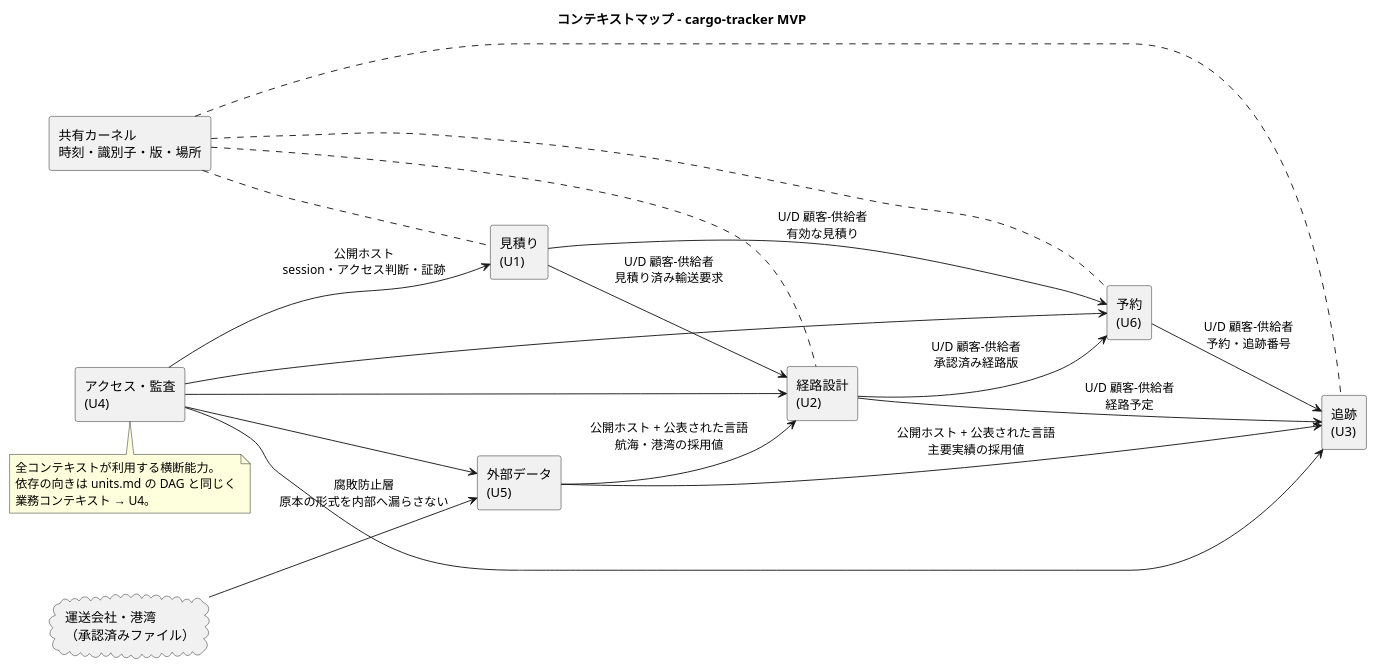
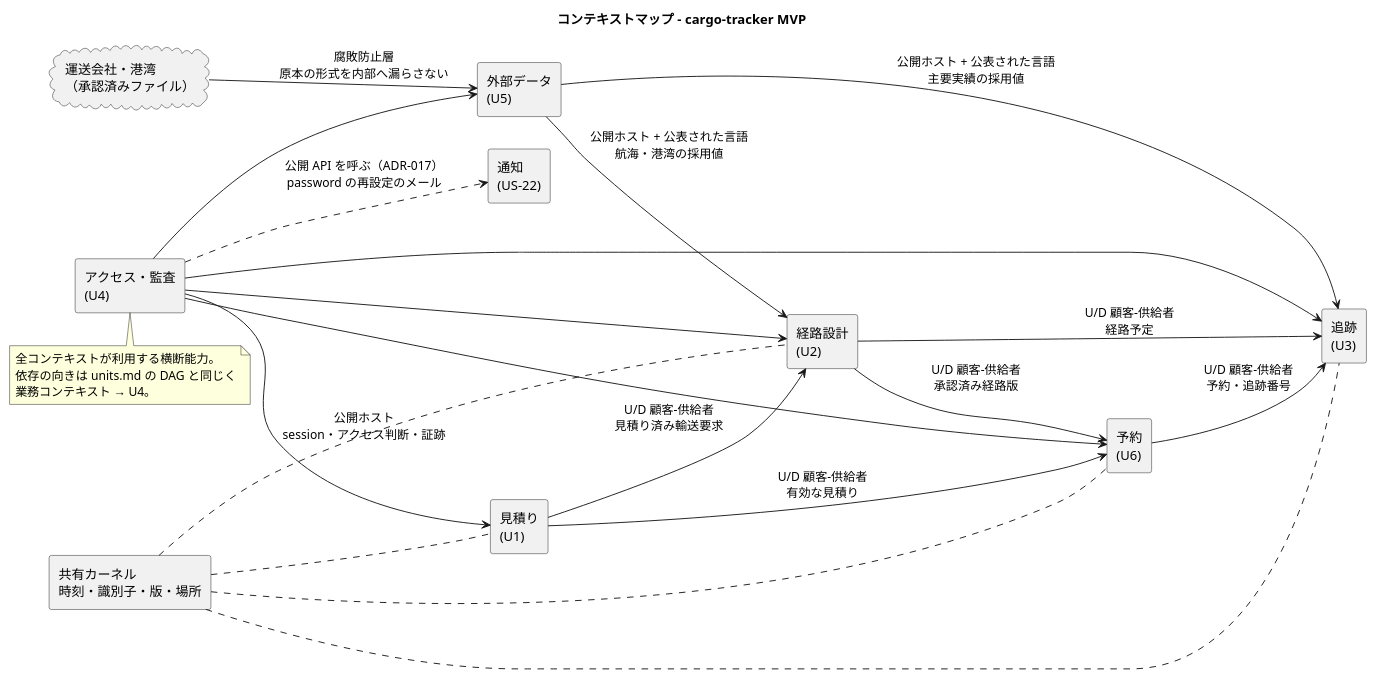
Before and after one commit to k2works/practical-domain-driven-design-in-enterpris-application: the first of 4 diagrams in docs/design/cargo-tracker/architecture_backend.md, drawn with PlantUML. The commit also changed other lines of this file and 16 other files, not shown here.

````diff
--- a/docs/design/cargo-tracker/architecture_backend.md
+++ b/docs/design/cargo-tracker/architecture_backend.md
@@ -79,39 +79,41 @@
 ```plantuml
 @startuml
 title コンテキストマップ - cargo-tracker MVP
 left to right direction
 
 rectangle "見積り\n(U1)" as Q
 rectangle "経路設計\n(U2)" as R
 rectangle "予約\n(U6)" as B
 rectangle "追跡\n(U3)" as T
 rectangle "アクセス・監査\n(U4)" as IA
 rectangle "外部データ\n(U5)" as X
+rectangle "通知\n(US-22)" as N
 rectangle "共有カーネル\n時刻・識別子・版・場所" as SK
 cloud "運送会社・港湾\n（承認済みファイル）" as EXT
 
 Q --> R : U/D 顧客-供給者\n見積り済み輸送要求
 Q --> B : U/D 顧客-供給者\n有効な見積り
 R --> B : U/D 顧客-供給者\n承認済み経路版
 B --> T : U/D 顧客-供給者\n予約・追跡番号
 R --> T : U/D 顧客-供給者\n経路予定
 X --> R : 公開ホスト + 公表された言語\n航海・港湾の採用値
 X --> T : 公開ホスト + 公表された言語\n主要実績の採用値
 EXT --> X : 腐敗防止層\n原本の形式を内部へ漏らさない
 IA --> Q : 公開ホスト\nsession・アクセス判断・証跡
 IA --> R
 IA --> B
 IA --> T
 IA --> X
+IA ..> N : 公開 API を呼ぶ（ADR-017）\npassword の再設定のメール
 SK .. Q
 SK .. R
 SK .. B
 SK .. T
 
 note bottom of IA
   全コンテキストが利用する横断能力。
   依存の向きは units.md の DAG と同じく
   業務コンテキスト → U4。
 end note
 @enduml
 ```
````
